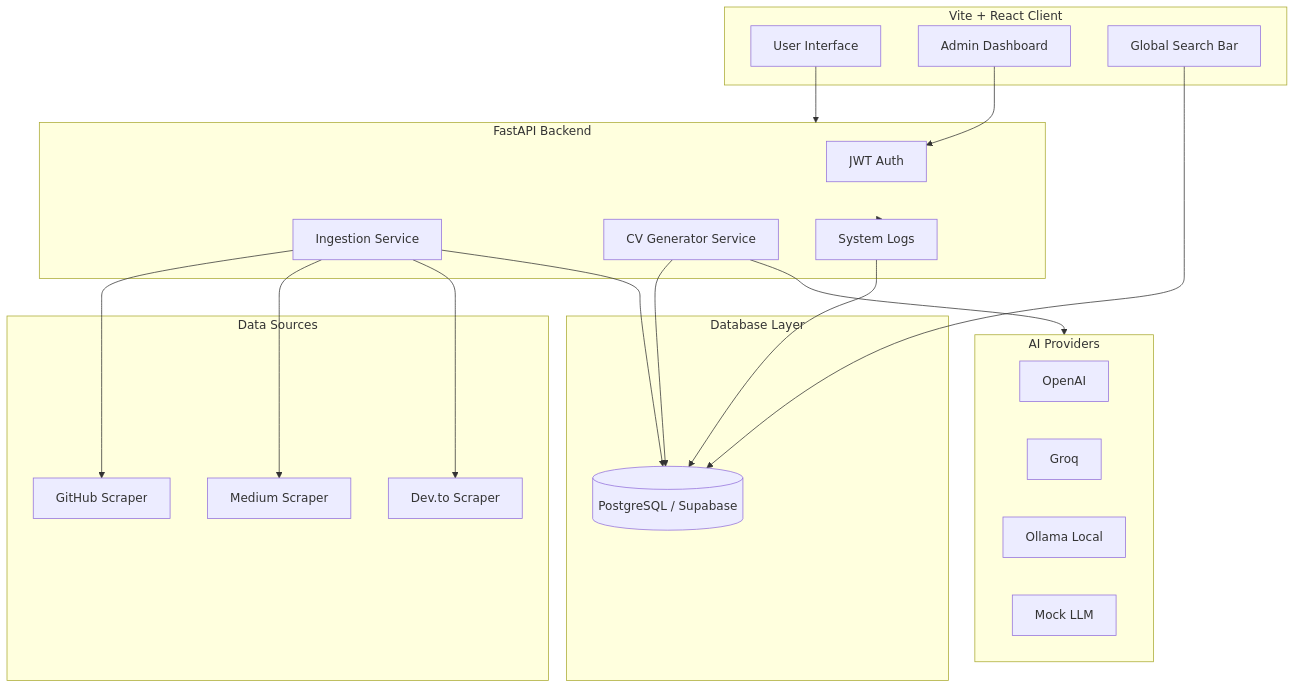
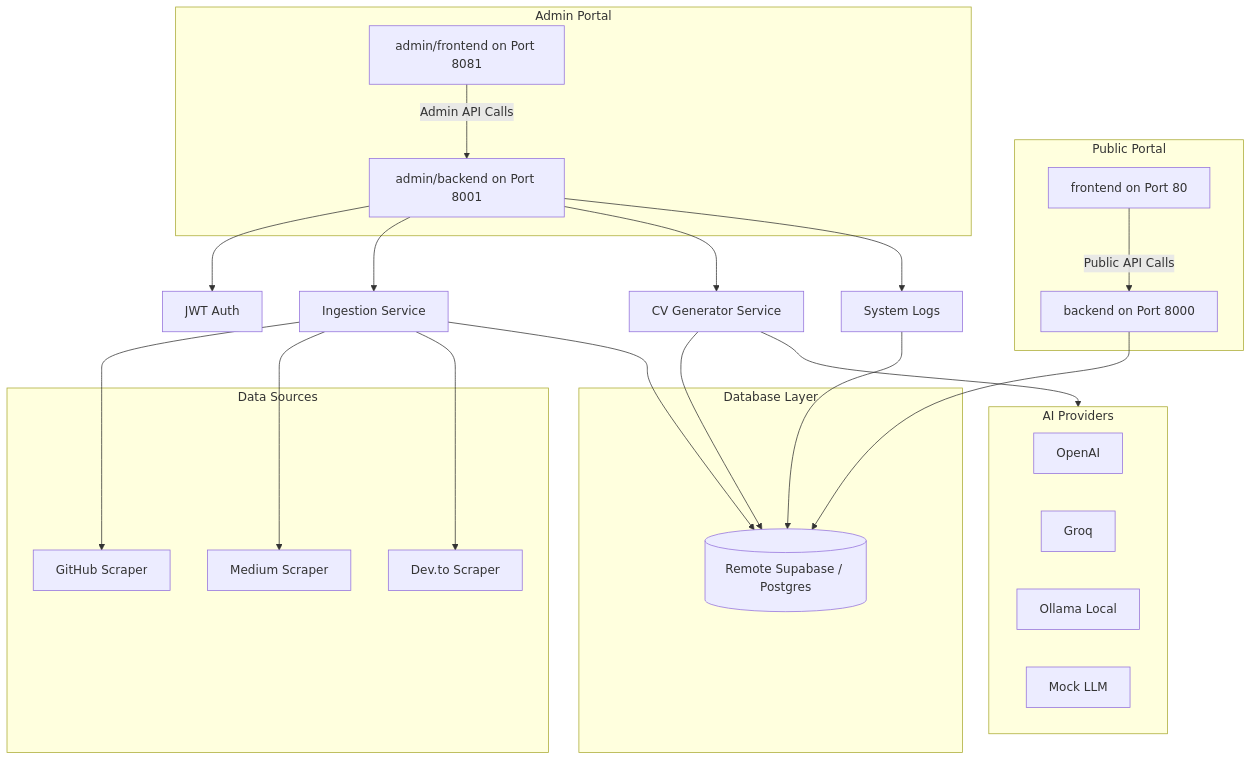
One commit to AtaCanYmc/ResuMesh changed the diagram in README.md. Above: the diagram before and after it, drawn with Mermaid. The commit also changed other lines of this file and 3 other files, not shown here.

````diff
--- a/README.md
+++ b/README.md
@@ -38,47 +44,43 @@
 ```mermaid
 graph TD
-    subgraph Frontend [Vite + React Client]
-        UI[User Interface]
-        Admin[Admin Dashboard]
-        Search[Global Search Bar]
+    subgraph Visitor View [Public Portal]
+        UI[frontend on Port 80] -->|Public API Calls| API[backend on Port 8000]
     end
 
-    subgraph API [FastAPI Backend]
-        Auth[JWT Auth]
-        Ingest[Ingestion Service]
-        AI[CV Generator Service]
-        Logs[System Logs]
+    subgraph Admin View [Admin Portal]
+        AdminUI[admin/frontend on Port 8081] -->|Admin API Calls| AdminAPI[admin/backend on Port 8001]
     end
 
     subgraph LLM [AI Providers]
         OpenAI[OpenAI]
         Groq[Groq]
         Ollama[Ollama Local]
         Mock[Mock LLM]
     end
 
     subgraph Data [Data Sources]
         GH[GitHub Scraper]
         Med[Medium Scraper]
         DevTo[Dev.to Scraper]
     end
 
     subgraph DB [Database Layer]
-        PG[(PostgreSQL / Supabase)]
+        PG[(Remote Supabase / Postgres)]
     end
 
-    UI --> API
-    Admin --> Auth
-    Search --> PG
+    API --> PG
+    AdminAPI --> Auth[JWT Auth]
+    AdminAPI --> Ingest[Ingestion Service]
+    AdminAPI --> AI[CV Generator Service]
+    AdminAPI --> Logs[System Logs]
 
     Ingest --> GH
     Ingest --> Med
     Ingest --> DevTo
     Ingest --> PG
 
     AI --> LLM
     AI --> PG
 
-    API --> Logs
     Logs --> PG
 ```
````
